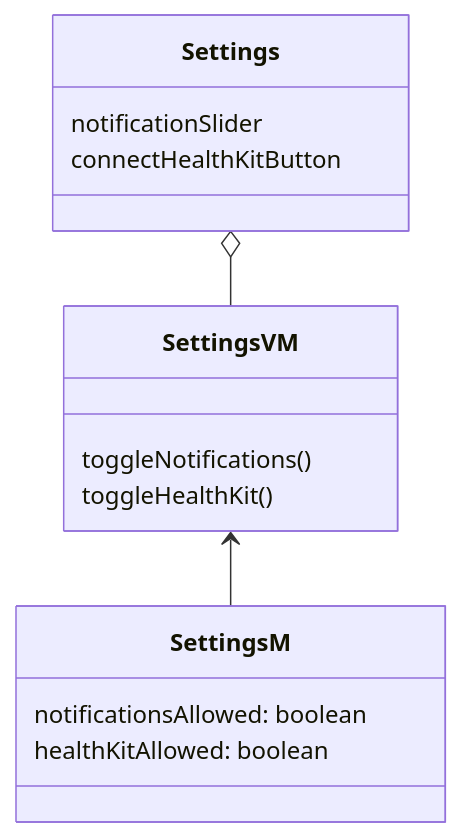
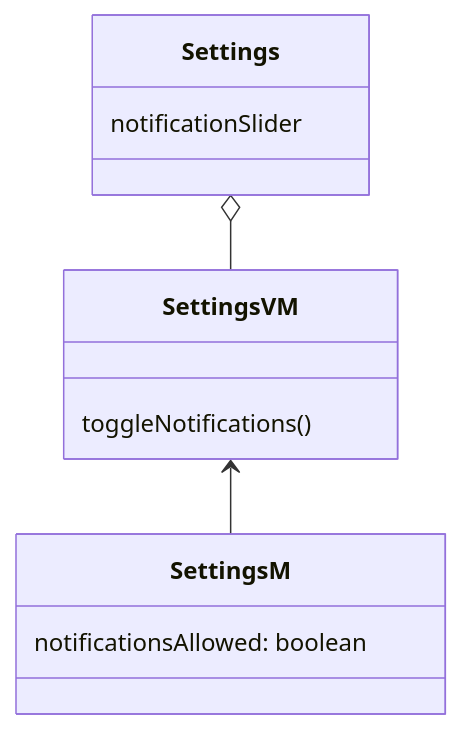
One commit to Capstone-Projects-2024-Spring/project-smartweights changed the seventh of 13 diagrams in documentation/docs/system-architecture/class-diagram.md. Above: the diagram before and after it, drawn with Mermaid. The commit also changed other lines of this file, not shown here.

````diff
--- a/documentation/docs/system-architecture/class-diagram.md
+++ b/documentation/docs/system-architecture/class-diagram.md
@@ -261,18 +255,18 @@
 ``` mermaid 
 
 classDiagram
  class Settings{
     notificationSlider
-    connectHealthKitButton
+   
    }
  class SettingsVM{
         toggleNotifications()
-        toggleHealthKit()
+   
     }
     class SettingsM{
         notificationsAllowed: boolean
-        healthKitAllowed: boolean
+      
     }
     Settings o--SettingsVM
 SettingsVM <--SettingsM
 ```
````
